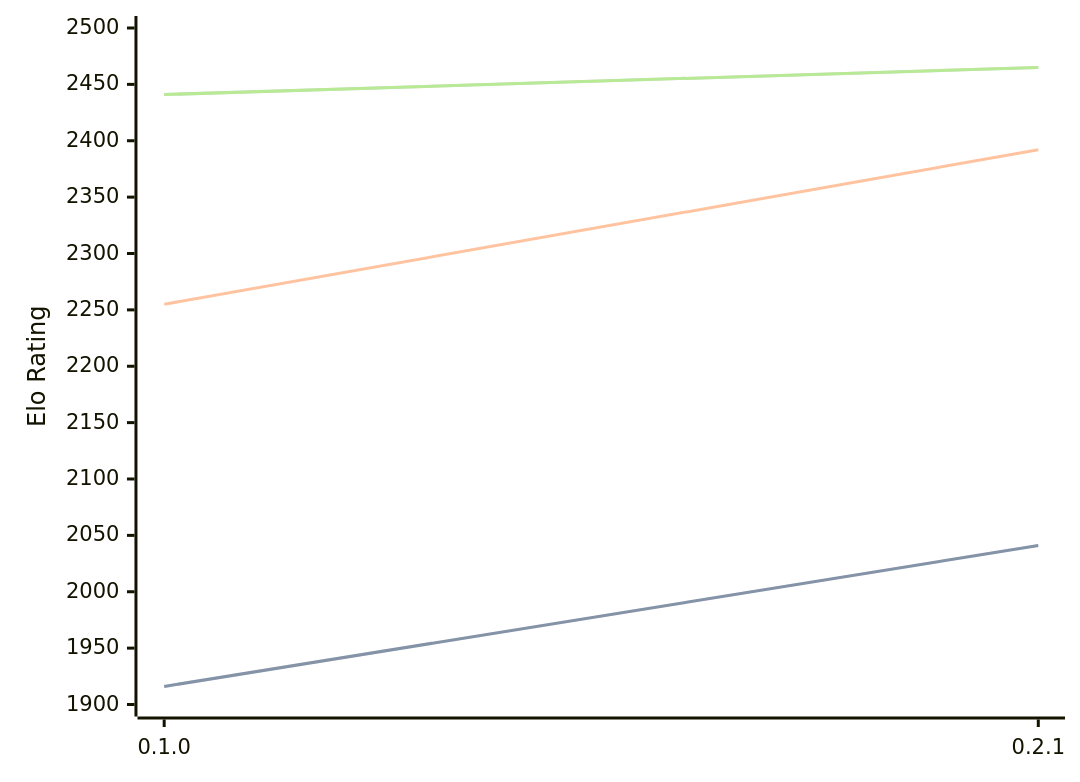
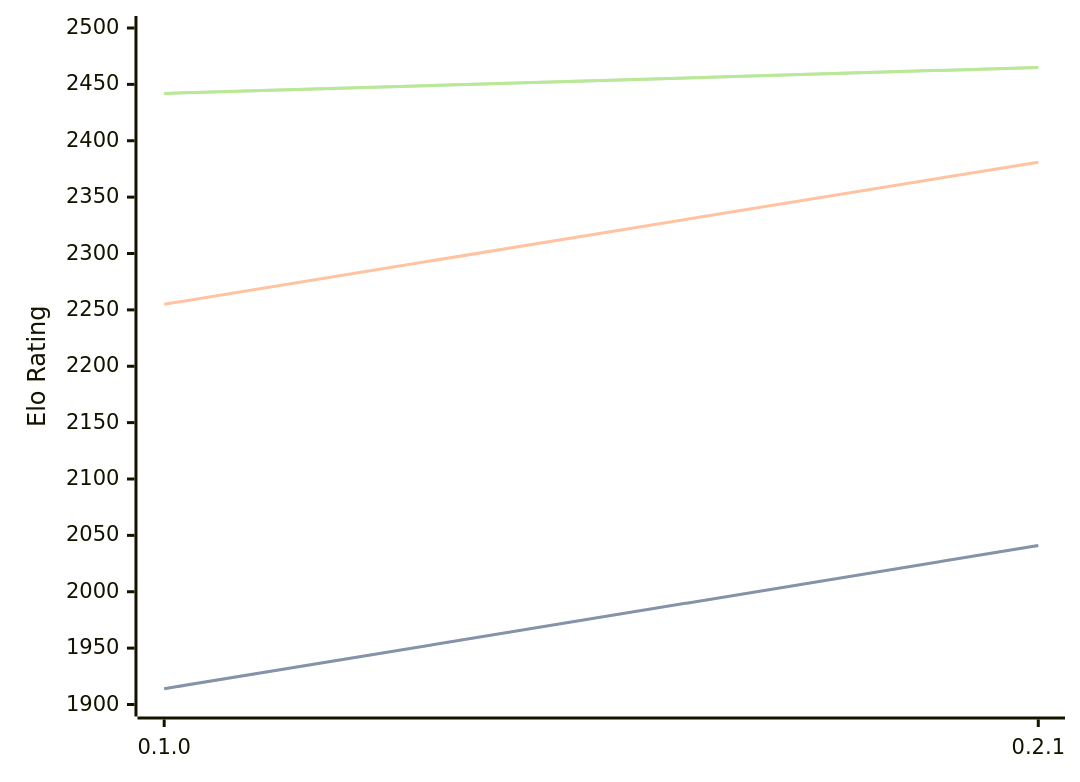
The diagram in engines/Sykora.md (computer-chess-index/cci), drawn with Mermaid before and after one commit. The commit also changed other lines of this file, not shown here.

Commit message:
Update CCI Ratings (ELO VLTC) - 2026-04-11

````diff
--- a/engines/Sykora.md
+++ b/engines/Sykora.md
@@ -33,11 +33,11 @@
 ```mermaid
 %%{init: {"theme":"base","themeVariables":{"seriesColors:['#a3a3a3','#222221','#faa371']}}}%%
 xychart-beta
   x-axis ["0.1.0", "0.2.1"]
   y-axis "Elo Rating" 1900 --> 2500
-  line "STC (8.0+0.08s)" [1916, 2041]
-  line "STC (8.0+0.08s)" [1916, 2041]
-  line "LTC (60.0+0.60s)" [2255, 2392]
-  line "VLTC (2m24s+1.12s)" [2441, 2465]
-  line "VLTC (2m24s+1.12s)" [2441, 2465]
+  line "STC (8.0+0.08s)" [1914, 2041]
+  line "STC (8.0+0.08s)" [1914, 2041]
+  line "LTC (60.0+0.60s)" [2255, 2381]
+  line "VLTC (2m24s+1.12s)" [2442, 2465]
+  line "VLTC (2m24s+1.12s)" [2442, 2465]
 ```
````
